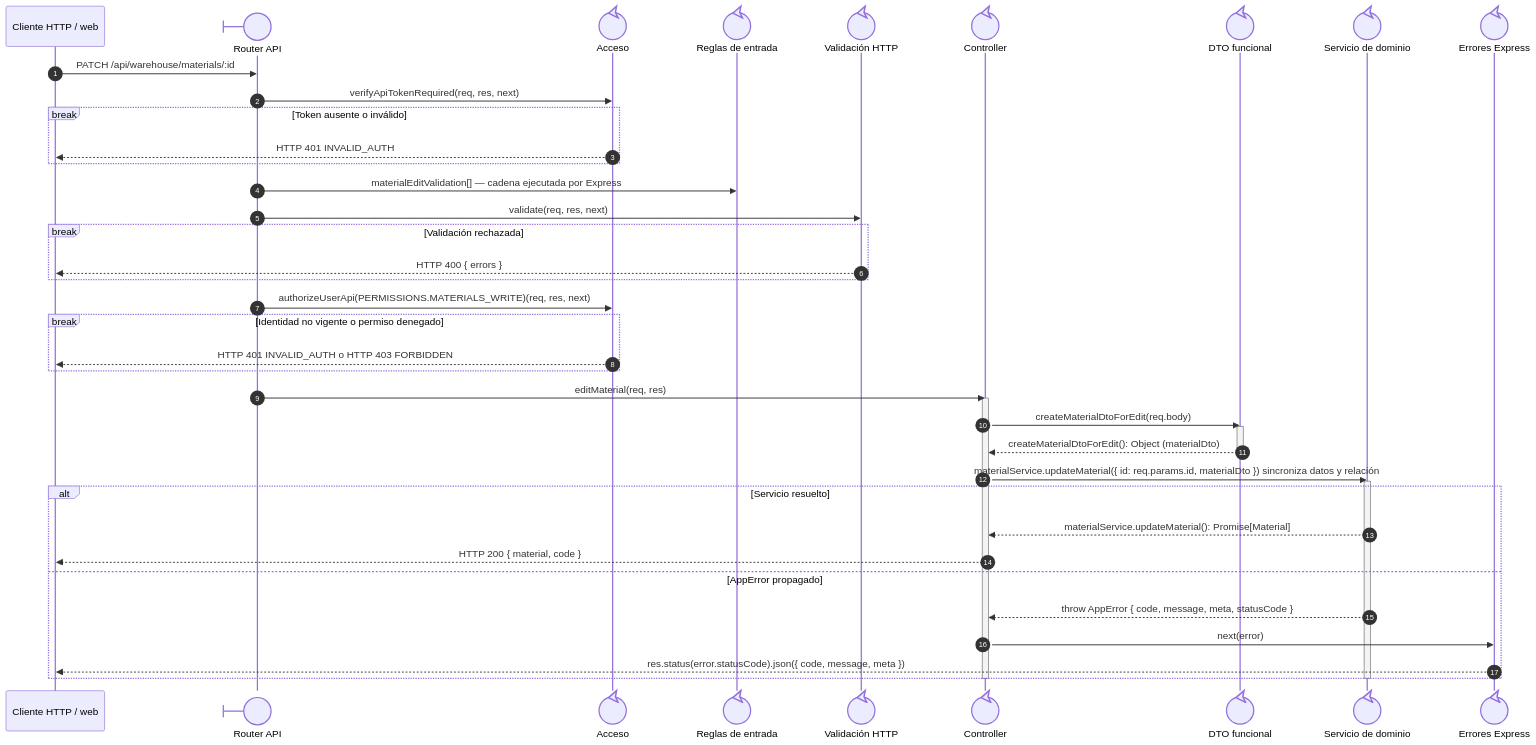
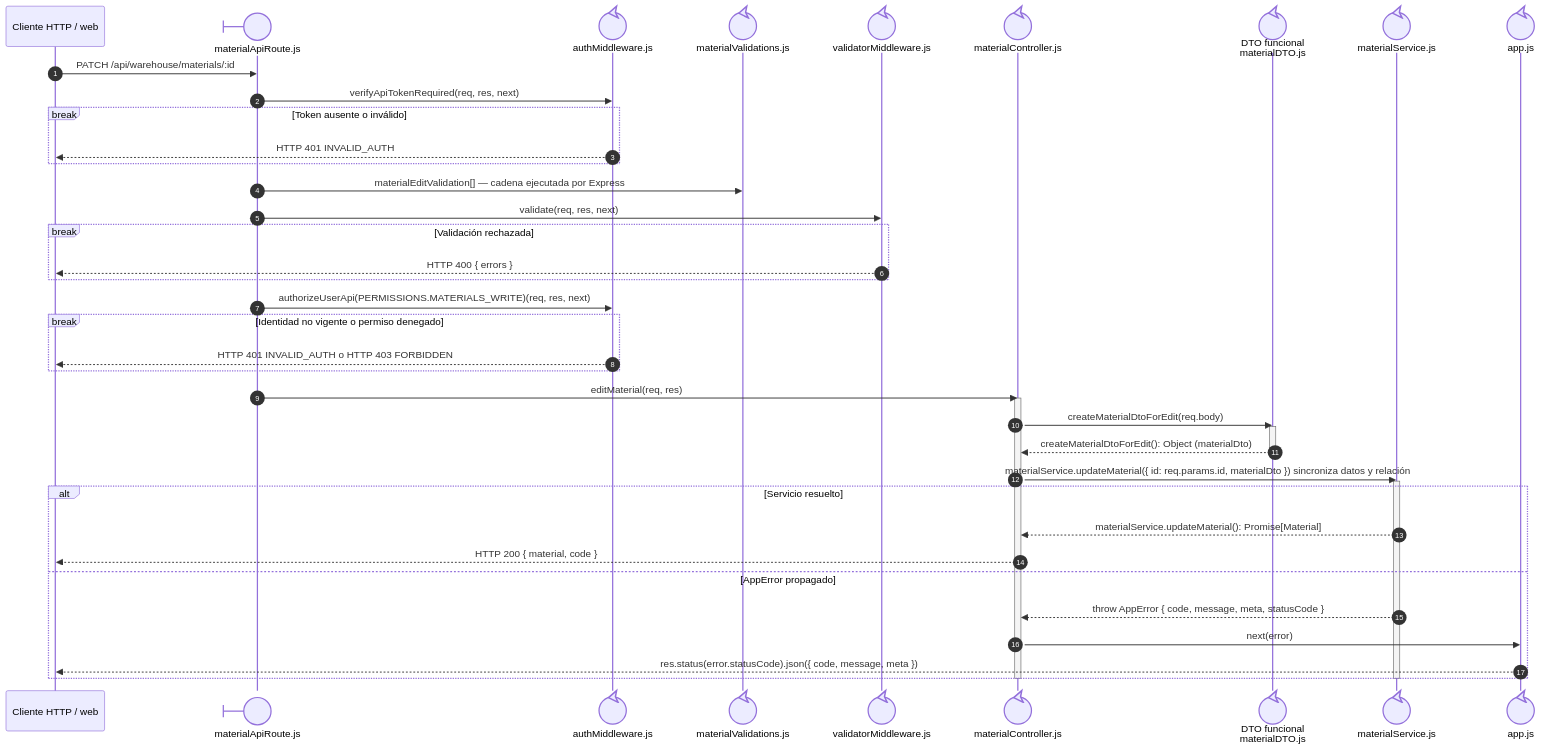
The diagram in docs/architecture/views/processes/backend-code-sequences/catalogs/cu-alm-03.md (gpgsistemas01/nexus), drawn with Mermaid before and after one commit. The commit also changed other lines of this file and 192 other files, not shown here.

Commit message:
docs: make sequence file ownership explicit and align code flows

````diff
--- a/docs/architecture/views/processes/backend-code-sequences/catalogs/cu-alm-03.md
+++ b/docs/architecture/views/processes/backend-code-sequences/catalogs/cu-alm-03.md
@@ -26,46 +28,46 @@
 ```mermaid
 sequenceDiagram
     autonumber
     participant Client as Cliente HTTP / web
-    participant Route@{ "type": "boundary" } as Router API
-    participant Auth@{ "type": "control" } as Acceso
-    participant ValidationRules@{ "type": "control" } as Reglas de entrada
-    participant Validator@{ "type": "control" } as Validación HTTP
-    participant Controller@{ "type": "control" } as Controller
-    participant MaterialDto@{ "type": "control" } as DTO funcional
-    participant Domain@{ "type": "control" } as Servicio de dominio
-    participant ErrorHandler@{ "type": "control" } as Errores Express
+    participant Route@{ "type": "boundary" } as materialApiRoute.js
+    participant Auth@{ "type": "control" } as authMiddleware.js
+    participant ValidationRules@{ "type": "control" } as materialValidations.js
+    participant Validator@{ "type": "control" } as validatorMiddleware.js
+    participant Controller@{ "type": "control" } as materialController.js
+    participant MaterialDto@{ "type": "control" } as DTO funcional<br/>materialDTO.js
+    participant Domain@{ "type": "control" } as materialService.js
+    participant ErrorHandler@{ "type": "control" } as app.js
 
     Client->>Route: PATCH /api/warehouse/materials/:id
     Route->>Auth: verifyApiTokenRequired(req, res, next)
     break Token ausente o inválido
         Auth-->>Client: HTTP 401 INVALID_AUTH
     end
     Route->>ValidationRules: materialEditValidation[] — cadena ejecutada por Express
     Route->>Validator: validate(req, res, next)
     break Validación rechazada
         Validator-->>Client: HTTP 400 { errors }
     end
     Route->>Auth: authorizeUserApi(PERMISSIONS.MATERIALS_WRITE)(req, res, next)
     break Identidad no vigente o permiso denegado
         Auth-->>Client: HTTP 401 INVALID_AUTH o HTTP 403 FORBIDDEN
     end
     Route->>Controller: editMaterial(req, res)
     activate Controller
     Controller->>MaterialDto: createMaterialDtoForEdit(req.body)
     activate MaterialDto
     MaterialDto-->>Controller: createMaterialDtoForEdit(): Object (materialDto)
     deactivate MaterialDto
     Controller->>Domain: materialService.updateMaterial({ id: req.params.id, materialDto }) sincroniza datos y relación
     activate Domain
     alt Servicio resuelto
         Domain-->>Controller: materialService.updateMaterial(): Promise[Material]
         Controller-->>Client: HTTP 200 { material, code }
     else AppError propagado
         Domain-->>Controller: throw AppError { code, message, meta, statusCode }
         Controller->>ErrorHandler: next(error)
         ErrorHandler-->>Client: res.status(error.statusCode).json({ code, message, meta })
     end
     deactivate Domain
     deactivate Controller
 ```
````
